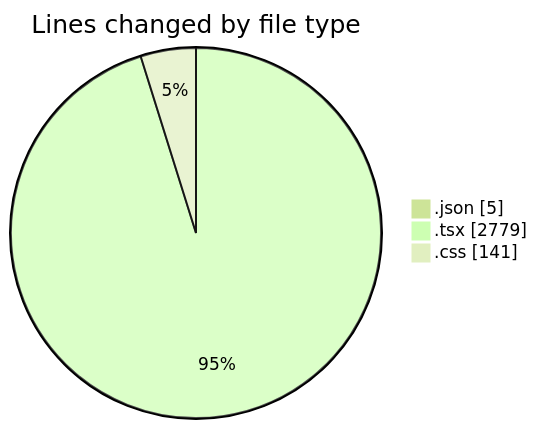
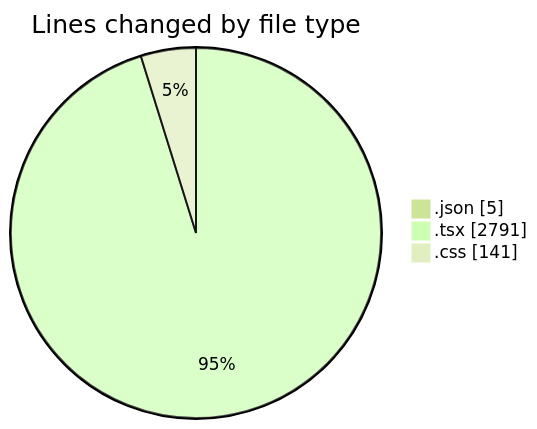
The first of 2 diagrams in 2025-05-29/advertise/README.md (Elitesun/code-tracking), drawn with Mermaid (forest theme) before and after one commit. The commit also changed other lines of this file and 1 other file, not shown here.

````diff
--- a/2025-05-29/advertise/README.md
+++ b/2025-05-29/advertise/README.md
@@ -27,7 +27,7 @@
 ```mermaid
 pie showData
 title Lines changed by file type
 ".json" : 5
-".tsx" : 2779
+".tsx" : 2791
 ".css" : 141
 ```
````
